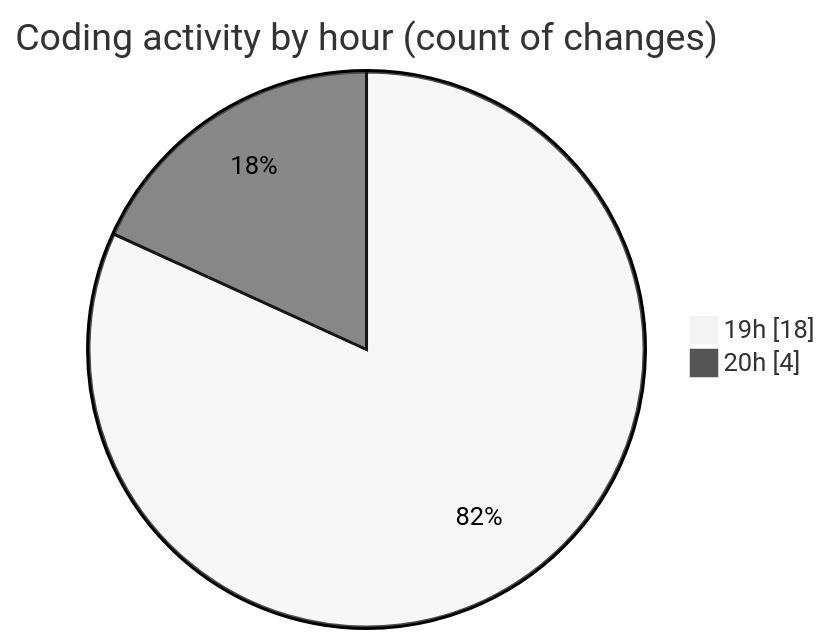
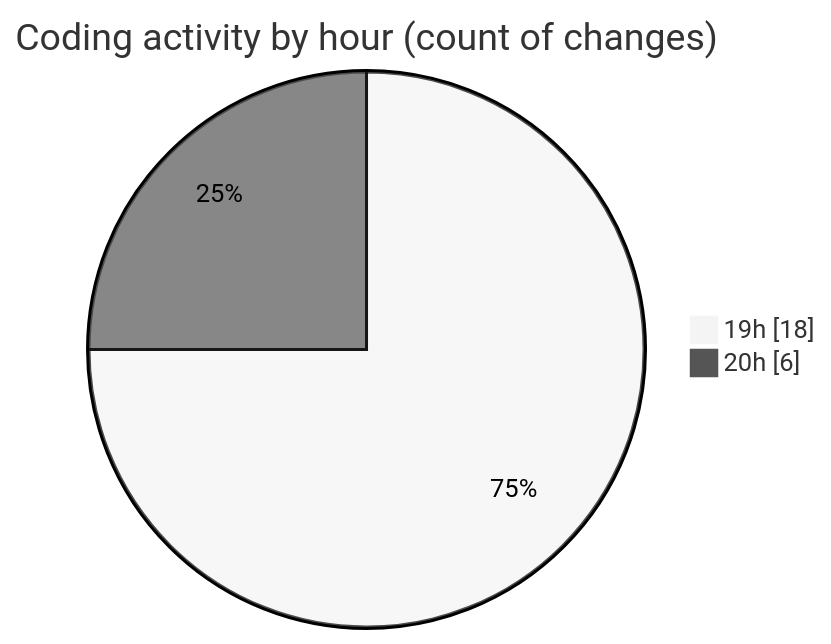
The second of 2 diagrams in 2025-02-05/react_ecom/README.md (Elitesun/code-tracking), drawn with Mermaid (neutral theme) before and after one commit. The commit also changed other lines of this file and 1 other file, not shown here.

````diff
--- a/2025-02-05/react_ecom/README.md
+++ b/2025-02-05/react_ecom/README.md
@@ -36,6 +36,6 @@
 ```mermaid
 pie showData
 title Coding activity by hour (count of changes)
 "19h" : 18
-"20h" : 4
+"20h" : 6
 ```
````
